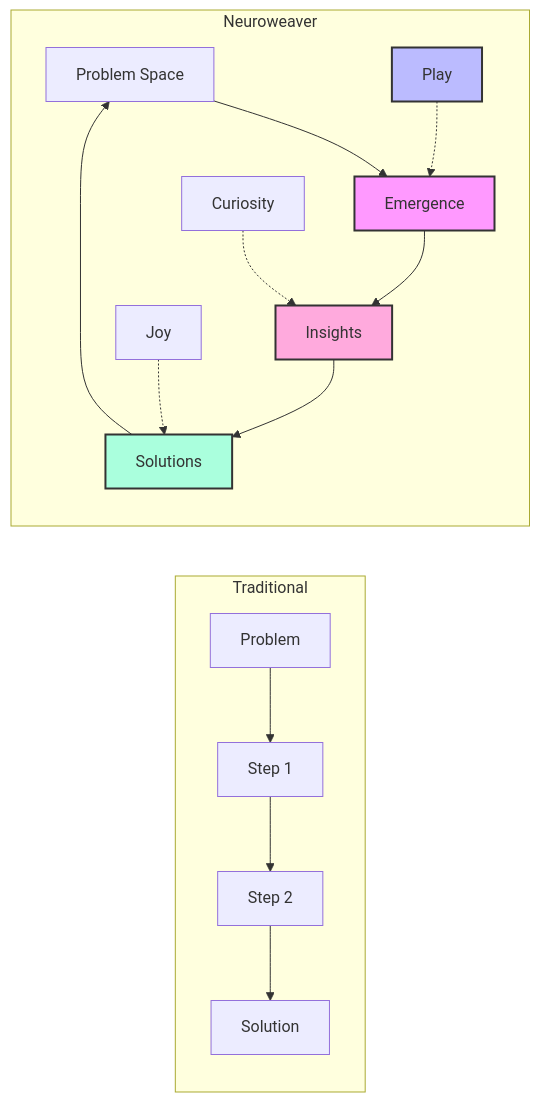
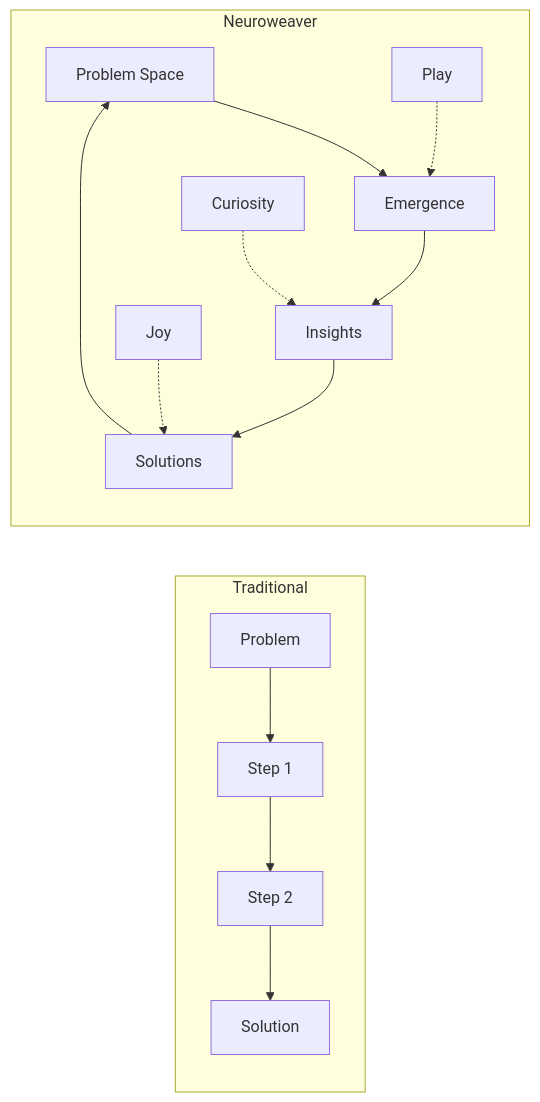
Before and after one commit to phillipclapham/neuroweaver: the first of 53 diagrams in README.md, drawn with Mermaid. The commit also changed other lines of this file, not shown here.

````diff
--- a/README.md
+++ b/README.md
@@ -47,23 +49,18 @@
 ```mermaid
 graph LR
     subgraph Traditional
         TP[Problem] --> TS1[Step 1]
         TS1 --> TS2[Step 2]
         TS2 --> TS3[Solution]
     end
 
     subgraph Neuroweaver
         P[Problem Space] --> E[Emergence]
         E --> I[Insights]
         I --> S[Solutions]
         S --> P
         PL[Play] -.-> E
         CU[Curiosity] -.-> I
         JY[Joy] -.-> S
     end
-
-    style E fill:#f9f,stroke:#333,stroke-width:2px
-    style I fill:#fad,stroke:#333,stroke-width:2px
-    style S fill:#afd,stroke:#333,stroke-width:2px
-    style PL fill:#bbf,stroke:#333,stroke-width:2px
 ```
````
